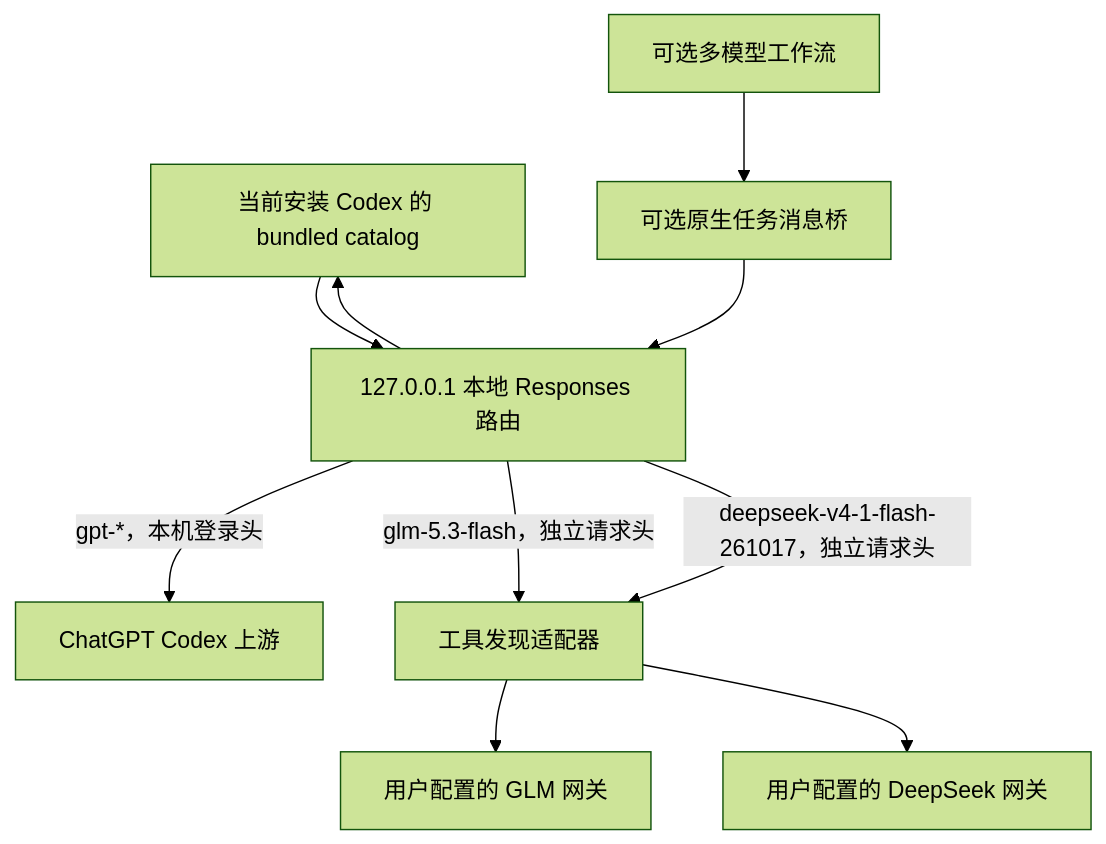
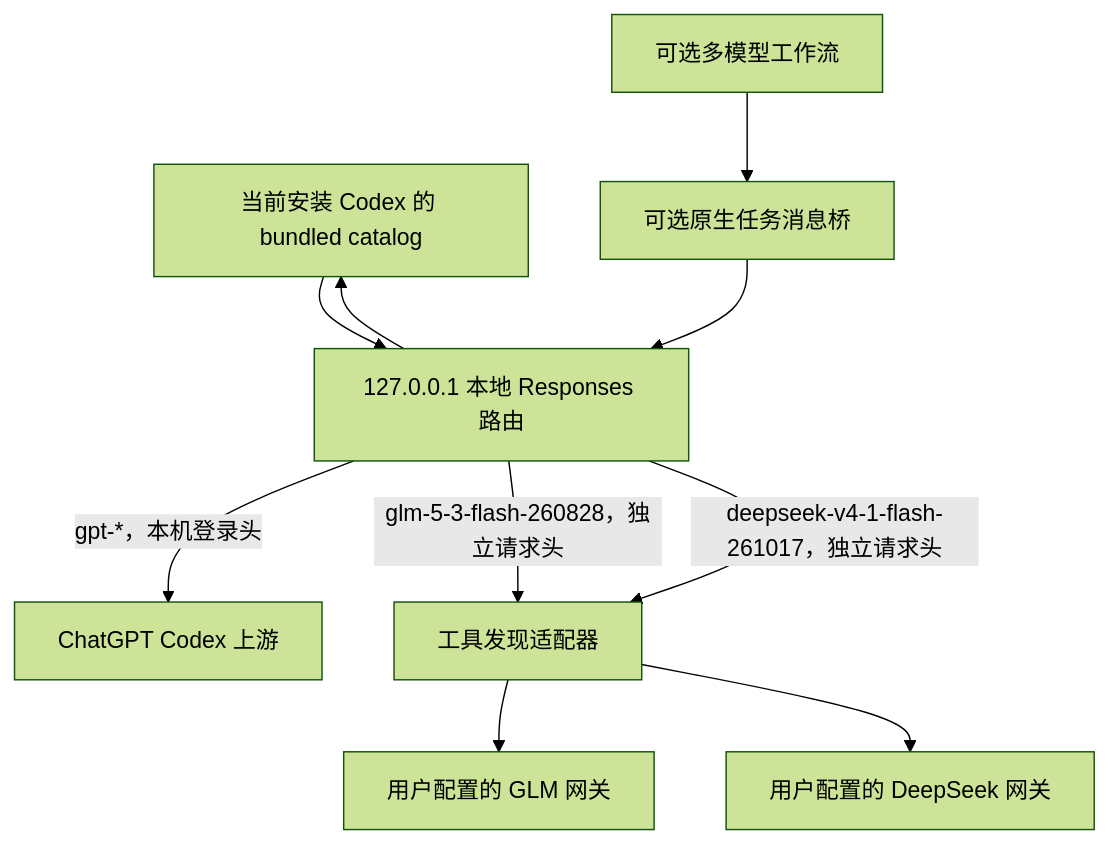
The diagram in docs/architecture.md (YumoeZhung/codex-multi-model-router), drawn with Mermaid (forest theme) before and after one commit. The commit also changed 12 other files, not shown here.

Commit message:
更新 GLM 模型 ID 为 glm-5-3-flash-260828

````diff
--- a/docs/architecture.md
+++ b/docs/architecture.md
@@ -3,12 +3,12 @@
 ```mermaid
 flowchart TD
     C[Codex 模型菜单 / CLI] --> R[127.0.0.1 本地 Responses 路由]
     R -->|gpt-*，本机登录头| O[ChatGPT Codex 上游]
     R --> C[当前安装 Codex 的 bundled catalog]
-    R -->|glm-5.3-flash，独立请求头| A[工具发现适配器]
+    R -->|glm-5-3-flash-260828，独立请求头| A[工具发现适配器]
     R -->|deepseek-v4-1-flash-261017，独立请求头| A
     A --> G[用户配置的 GLM 网关]
     A --> D[用户配置的 DeepSeek 网关]
     S[可选多模型工作流] --> B[可选原生任务消息桥]
     B --> R
 ```
````
